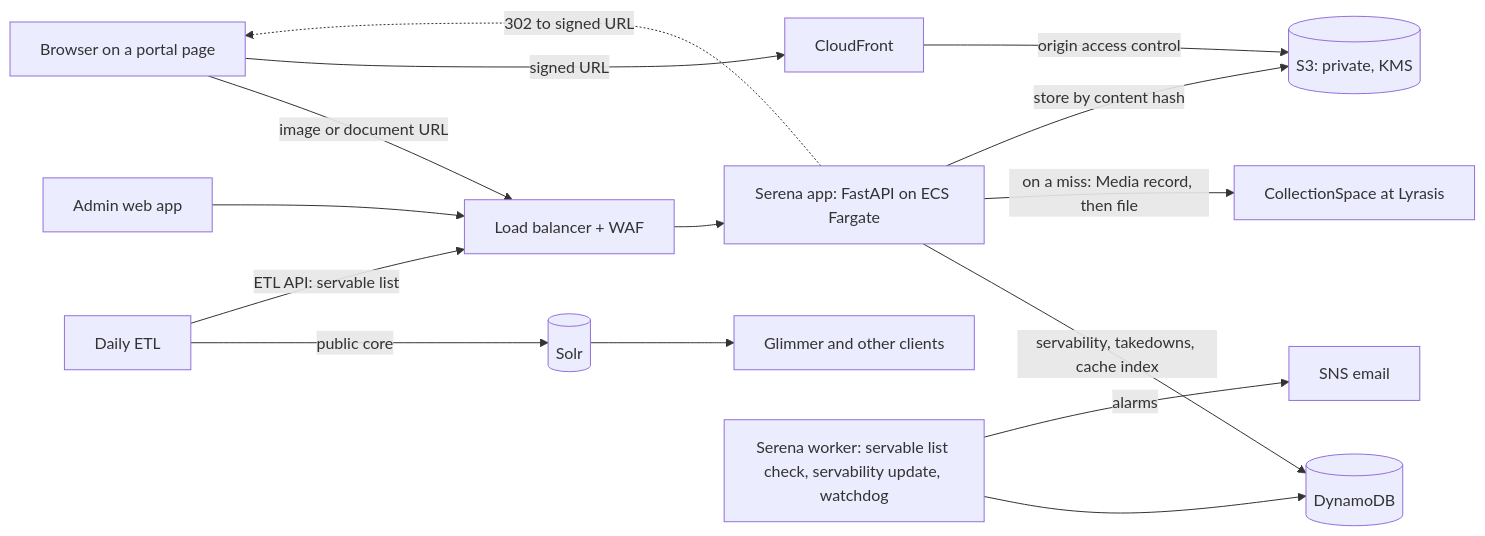
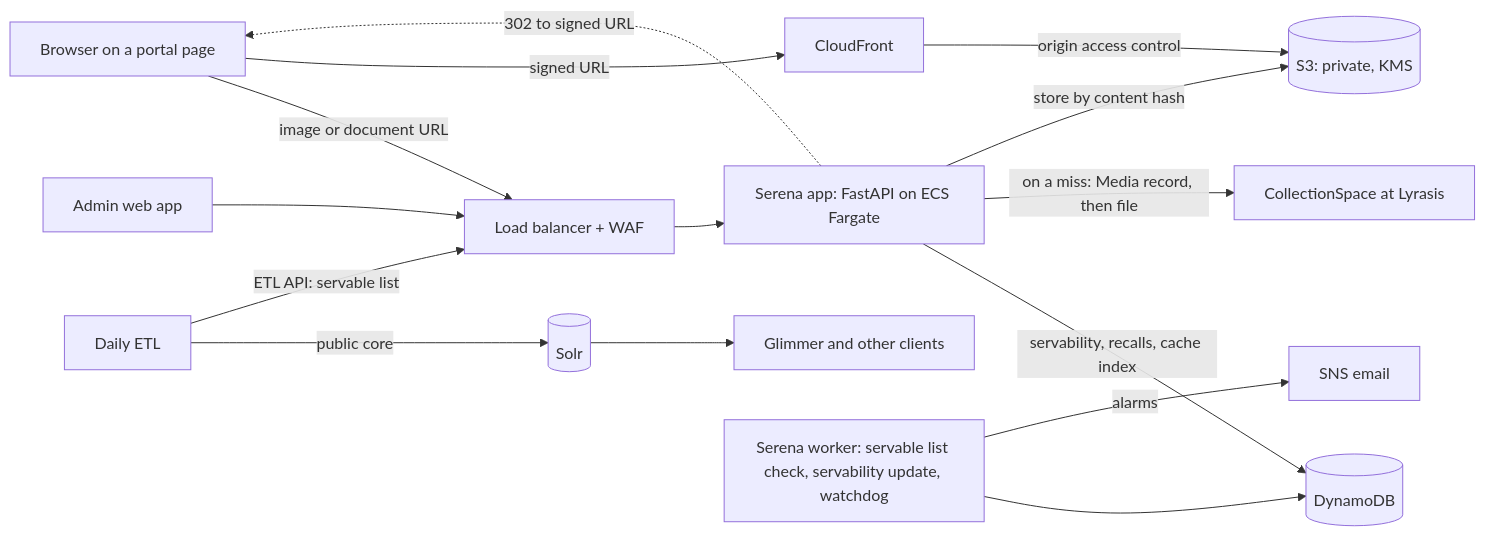
One commit to ets-berkeley-edu/cspace-media-server changed the first of 2 diagrams in docs/design.md. Above: the diagram before and after it, drawn with Mermaid. The commit also changed other lines of this file and 48 other files, not shown here.

````diff
--- a/docs/design.md
+++ b/docs/design.md
@@ -141,17 +141,17 @@
 ```mermaid
 flowchart LR
   B[Browser on a portal page] -->|image or document URL| A[Load balancer + WAF]
   A --> S[Serena app: FastAPI on ECS Fargate]
-  S -->|servability, takedowns, cache index| D[(DynamoDB)]
+  S -->|servability, recalls, cache index| D[(DynamoDB)]
   S -->|on a miss: Media record, then file| C[CollectionSpace at Lyrasis]
   S -->|store by content hash| K[(S3: private, KMS)]
   S -.->|302 to signed URL| B
   B -->|signed URL| F[CloudFront]
   F -->|origin access control| K
   E[Daily ETL] -->|public core| P[(Solr)]
   P --> G[Glimmer and other clients]
   E -->|ETL API: servable list| A
   W[Serena worker: servable list check, servability update, watchdog] --> D
   W -->|alarms| N[SNS email]
   M[Admin web app] --> A
 ```
````
